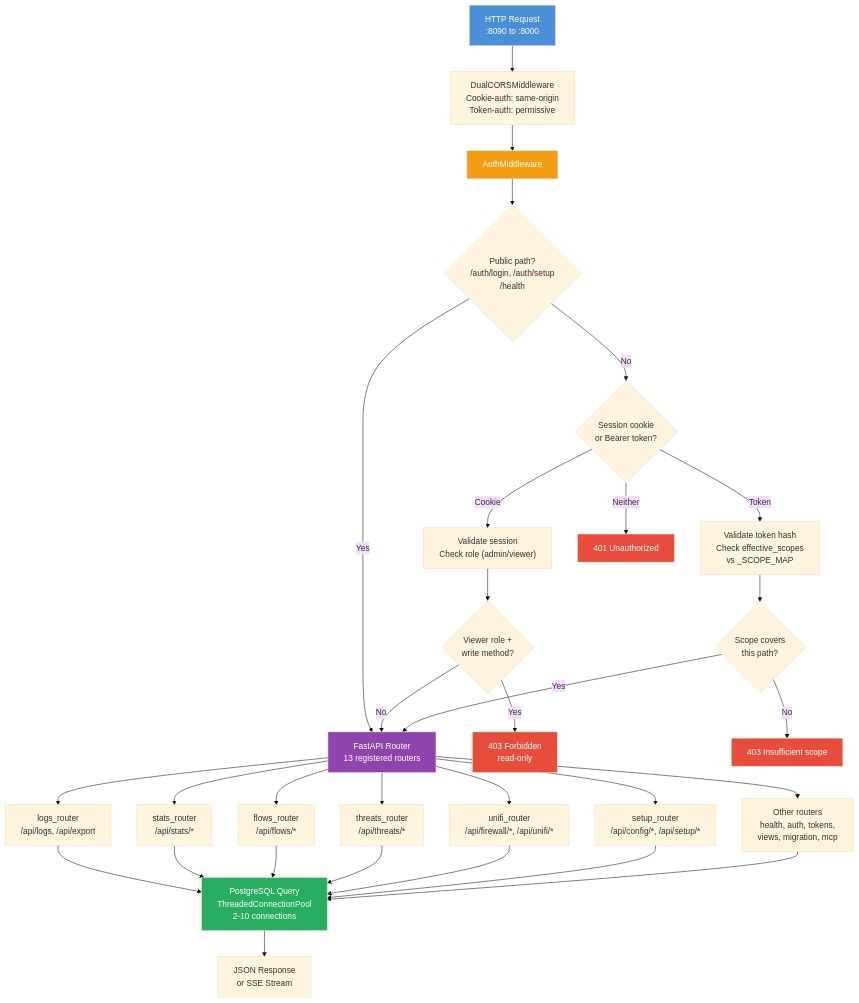
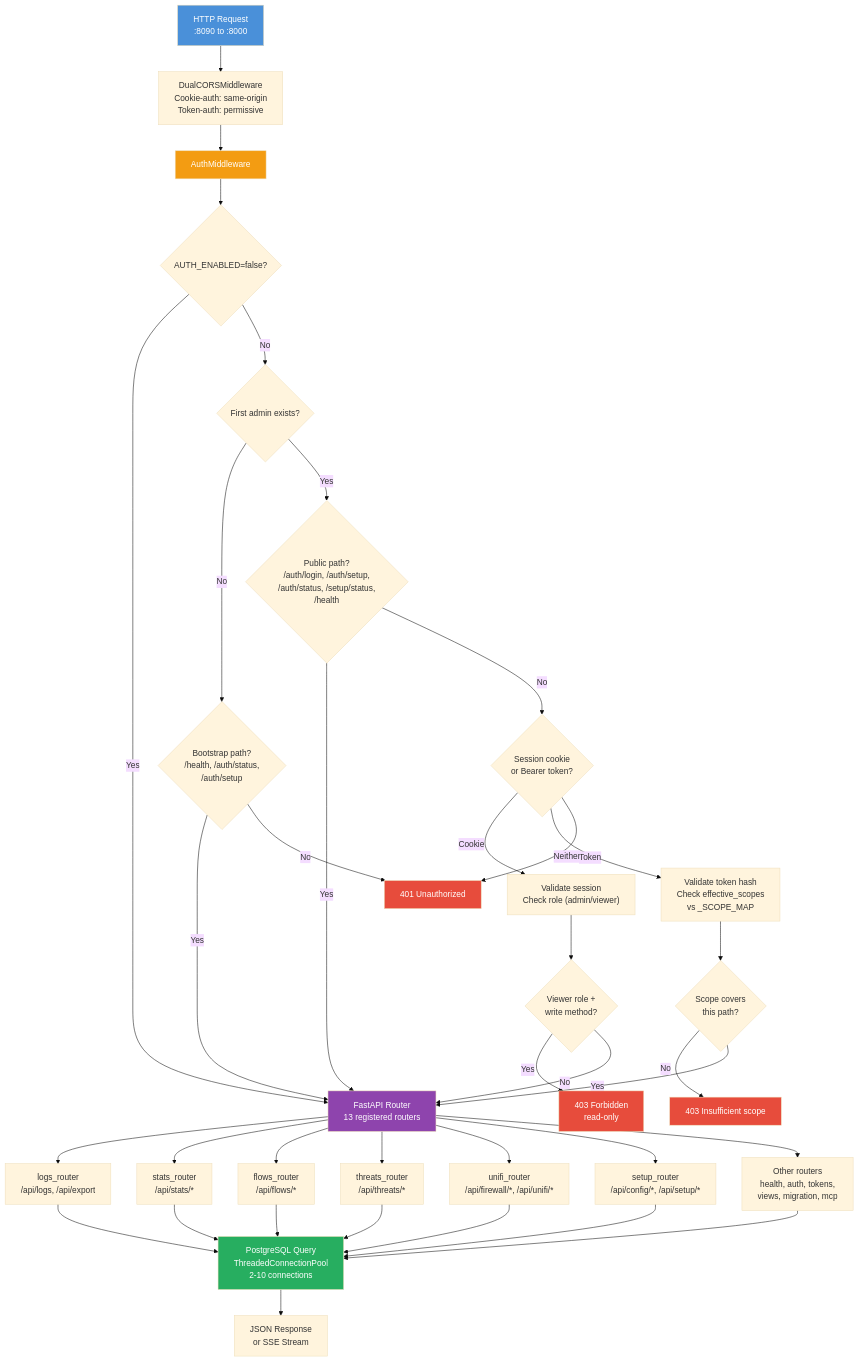
The sixth of 7 diagrams in docs/wiki/architecture.md (leto1210/Unifi-Log-Insights), drawn with Mermaid (base theme) before and after one commit. The commit also changed 3 other files, not shown here.

````diff
--- a/docs/wiki/architecture.md
+++ b/docs/wiki/architecture.md
@@ -231,41 +231,47 @@
 ```mermaid
 flowchart TD
     REQ["HTTP Request<br>:8090 to :8000"] --> CORS["DualCORSMiddleware<br>Cookie-auth: same-origin<br>Token-auth: permissive"]
     CORS --> AUTH["AuthMiddleware"]
 
-    AUTH --> A1{"Public path?<br>/auth/login, /auth/setup<br>/health"}
+    AUTH --> DISABLED{"AUTH_ENABLED=false?"}
+    DISABLED -- Yes --> ROUTER
+    DISABLED -- No --> BOOT{"First admin exists?"}
+    BOOT -- No --> BOOTPATH{"Bootstrap path?<br>/health, /auth/status,<br>/auth/setup"}
+    BOOTPATH -- Yes --> ROUTER
+    BOOTPATH -- No --> A5
+    BOOT -- Yes --> A1{"Public path?<br>/auth/login, /auth/setup,<br>/auth/status, /setup/status,<br>/health"}
     A1 -- Yes --> ROUTER
     A1 -- No --> A2{"Session cookie<br>or Bearer token?"}
     A2 -- Cookie --> A3["Validate session<br>Check role (admin/viewer)"]
     A2 -- Token --> A4["Validate token hash<br>Check effective_scopes<br>vs _SCOPE_MAP"]
     A2 -- Neither --> A5["401 Unauthorized"]
 
     A3 --> A6{"Viewer role +<br>write method?"}
     A6 -- Yes --> A7["403 Forbidden<br>read-only"]
     A6 -- No --> ROUTER
 
     A4 --> A8{"Scope covers<br>this path?"}
     A8 -- No --> A9["403 Insufficient scope"]
     A8 -- Yes --> ROUTER
 
     ROUTER["FastAPI Router<br>13 registered routers"]
 
     ROUTER --> R1["logs_router<br>/api/logs, /api/export"]
     ROUTER --> R2["stats_router<br>/api/stats/*"]
     ROUTER --> R3["flows_router<br>/api/flows/*"]
     ROUTER --> R4["threats_router<br>/api/threats/*"]
     ROUTER --> R5["unifi_router<br>/api/firewall/*, /api/unifi/*"]
     ROUTER --> R6["setup_router<br>/api/config/*, /api/setup/*"]
     ROUTER --> R7["Other routers<br>health, auth, tokens,<br>views, migration, mcp"]
 
     R1 & R2 & R3 & R4 & R5 & R6 & R7 --> DB["PostgreSQL Query<br>ThreadedConnectionPool<br>2-10 connections"]
     DB --> RESP["JSON Response<br>or SSE Stream"]
 
     style REQ fill:#4a90d9,color:#fff
     style AUTH fill:#f39c12,color:#fff
     style ROUTER fill:#8e44ad,color:#fff
     style DB fill:#27ae60,color:#fff
     style A5 fill:#e74c3c,color:#fff
     style A7 fill:#e74c3c,color:#fff
     style A9 fill:#e74c3c,color:#fff
 ```
````
